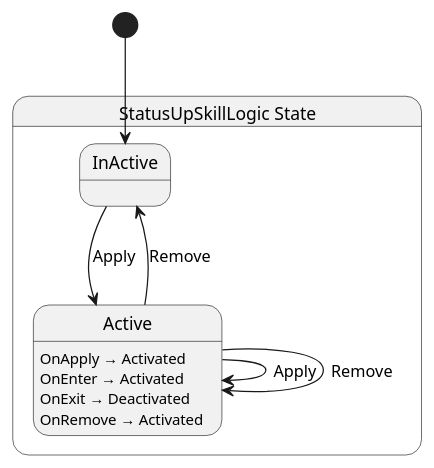
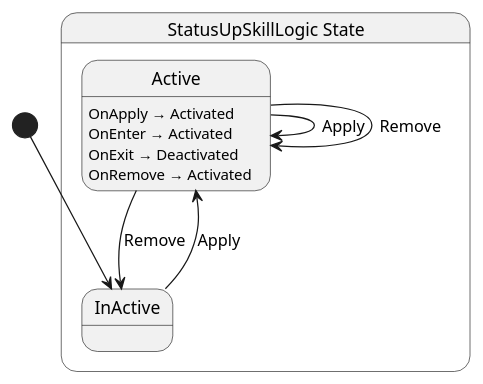
One commit to Ygoat/EternalJourney changed the diagram in src/skills/status_up/state/StatusUpSkillLogic.g.puml. Above: the diagram before and after it, drawn with PlantUML. The commit also changed other lines of this file and 18 other files, not shown here.

```diff
--- a/src/skills/status_up/state/StatusUpSkillLogic.g.puml
+++ b/src/skills/status_up/state/StatusUpSkillLogic.g.puml
@@ -1,18 +1,18 @@
 @startuml StatusUpSkillLogic
 state "StatusUpSkillLogic State" as EternalJourney_Skills_StatusUp_State_StatusUpSkillLogic_State {
+  state "Active" as EternalJourney_Skills_StatusUp_State_StatusUpSkillLogic_State_Active
   state "InActive" as EternalJourney_Skills_StatusUp_State_StatusUpSkillLogic_State_InActive
-  state "Active" as EternalJourney_Skills_StatusUp_State_StatusUpSkillLogic_State_Active
 }
 
 EternalJourney_Skills_StatusUp_State_StatusUpSkillLogic_State_Active --> EternalJourney_Skills_StatusUp_State_StatusUpSkillLogic_State_Active : Apply
 EternalJourney_Skills_StatusUp_State_StatusUpSkillLogic_State_Active --> EternalJourney_Skills_StatusUp_State_StatusUpSkillLogic_State_Active : Remove
 EternalJourney_Skills_StatusUp_State_StatusUpSkillLogic_State_Active --> EternalJourney_Skills_StatusUp_State_StatusUpSkillLogic_State_InActive : Remove
 EternalJourney_Skills_StatusUp_State_StatusUpSkillLogic_State_InActive --> EternalJourney_Skills_StatusUp_State_StatusUpSkillLogic_State_Active : Apply
 
 EternalJourney_Skills_StatusUp_State_StatusUpSkillLogic_State_Active : OnApply → Activated
 EternalJourney_Skills_StatusUp_State_StatusUpSkillLogic_State_Active : OnEnter → Activated
 EternalJourney_Skills_StatusUp_State_StatusUpSkillLogic_State_Active : OnExit → Deactivated
 EternalJourney_Skills_StatusUp_State_StatusUpSkillLogic_State_Active : OnRemove → Activated
 
 [*] --> EternalJourney_Skills_StatusUp_State_StatusUpSkillLogic_State_InActive
 @enduml
```
